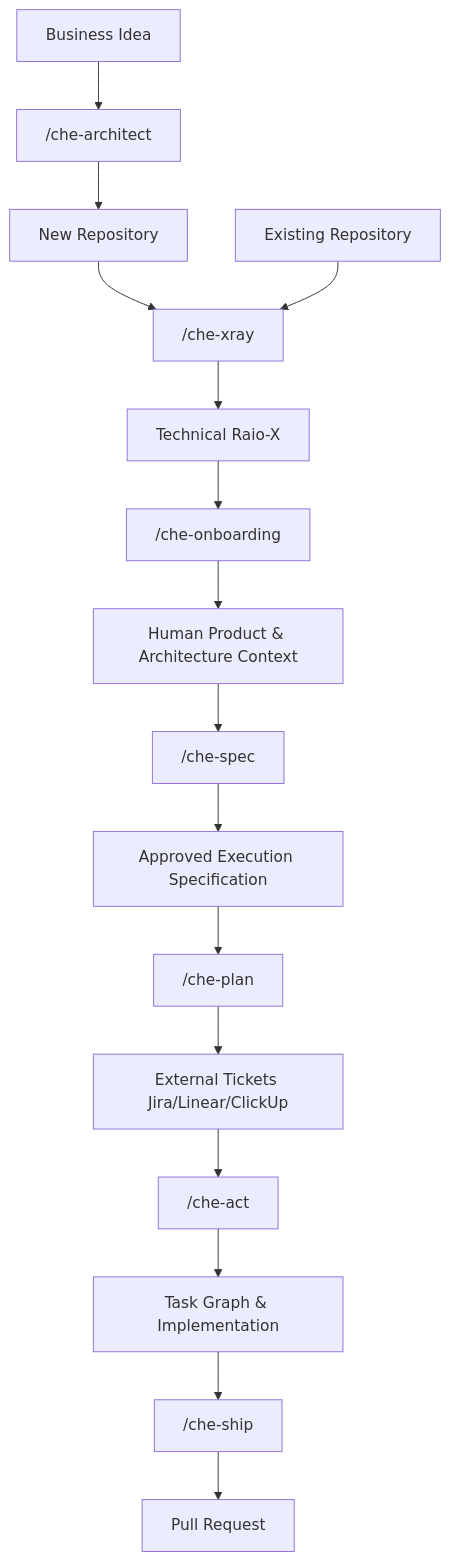
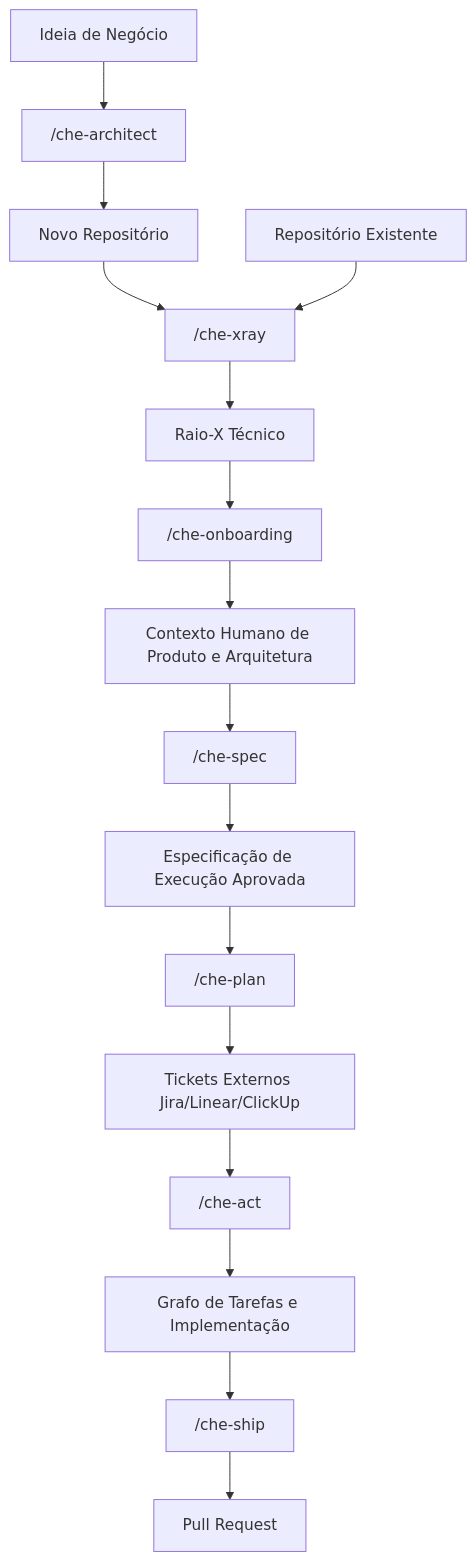
The diagram in README.md (laionazeredo/che-ai), drawn with Mermaid before and after one commit. The commit also changed other lines of this file, not shown here.

````diff
--- a/README.md
+++ b/README.md
@@ -40,18 +40,18 @@
 ```mermaid
 flowchart TD
-    Idea[Business Idea] --> Arch["/che-architect"]
-    Arch --> Repo[New Repository]
+    Idea[Ideia de Negócio] --> Arch["/che-architect"]
+    Arch --> Repo[Novo Repositório]
     Repo --> B["/che-xray"]
-    A[Existing Repository] --> B
-    B --> C[Technical Raio-X]
+    A[Repositório Existente] --> B
+    B --> C[Raio-X Técnico]
     C --> D["/che-onboarding"]
-    D --> E[Human Product & Architecture Context]
+    D --> E[Contexto Humano de Produto e Arquitetura]
     E --> F["/che-spec"]
-    F --> G[Approved Execution Specification]
+    F --> G[Especificação de Execução Aprovada]
     G --> H["/che-plan"]
-    H --> I[External Tickets Jira/Linear/ClickUp]
+    H --> I[Tickets Externos Jira/Linear/ClickUp]
     I --> J["/che-act"]
-    J --> K[Task Graph & Implementation]
+    J --> K[Grafo de Tarefas e Implementação]
     K --> L["/che-ship"]
     L --> M[Pull Request]
 ```
````
